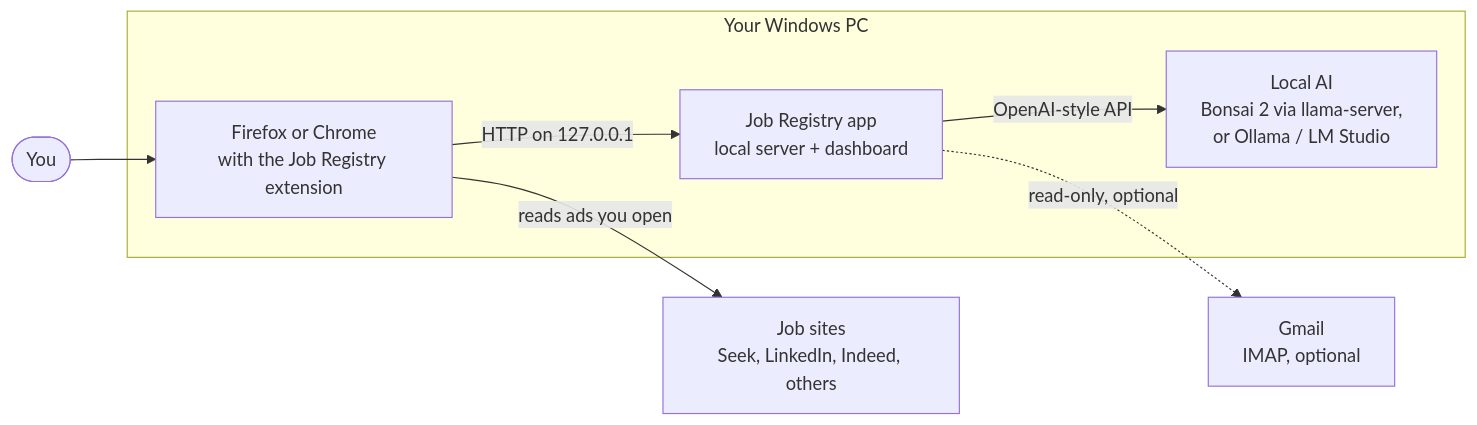
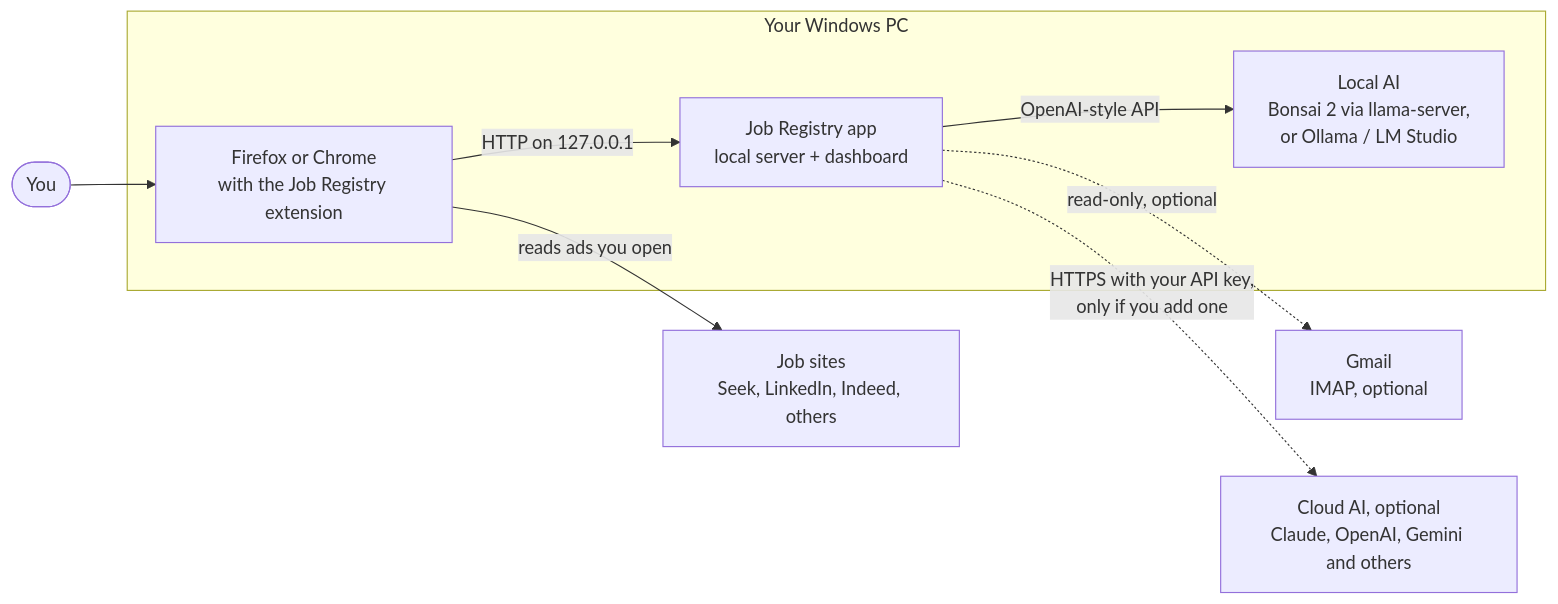
The first of 12 diagrams in docs/architecture.md (aximili/job-registry), drawn with Mermaid before and after one commit. The commit also changed other lines of this file and 105 other files, not shown here.

````diff
--- a/docs/architecture.md
+++ b/docs/architecture.md
@@ -56,16 +56,18 @@
 ```mermaid
 flowchart LR
   you(["You"])
   sites["Job sites<br/>Seek, LinkedIn, Indeed, others"]
   gmail["Gmail<br/>IMAP, optional"]
+  cloud["Cloud AI, optional<br/>Claude, OpenAI, Gemini and others"]
   subgraph pc["Your Windows PC"]
     browser["Firefox or Chrome<br/>with the Job Registry extension"]
     app["Job Registry app<br/>local server + dashboard"]
     ai["Local AI<br/>Bonsai 2 via llama-server,<br/>or Ollama / LM Studio"]
   end
   you --> browser
   browser -->|reads ads you open| sites
   browser -->|HTTP on 127.0.0.1| app
   app -->|OpenAI-style API| ai
+  app -.->|HTTPS with your API key,<br/>only if you add one| cloud
   app -.->|read-only, optional| gmail
 ```
````
